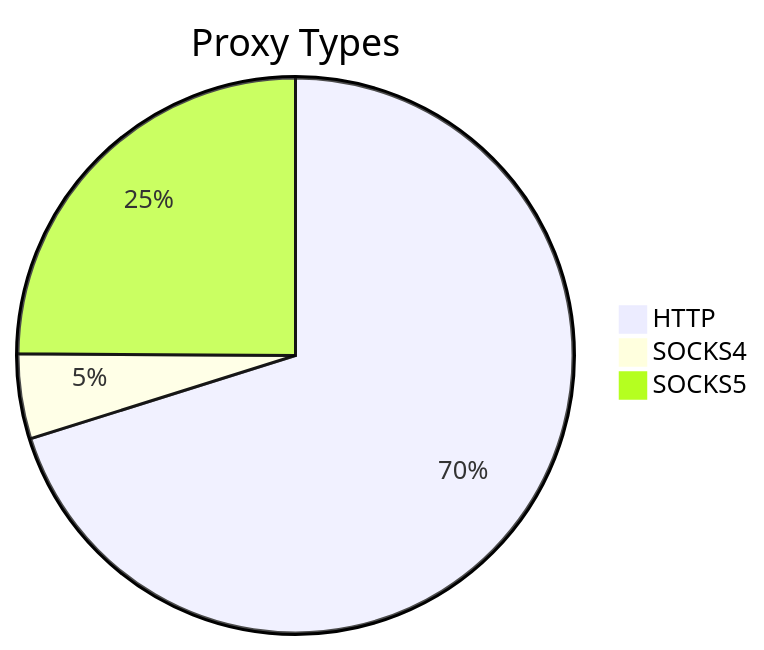
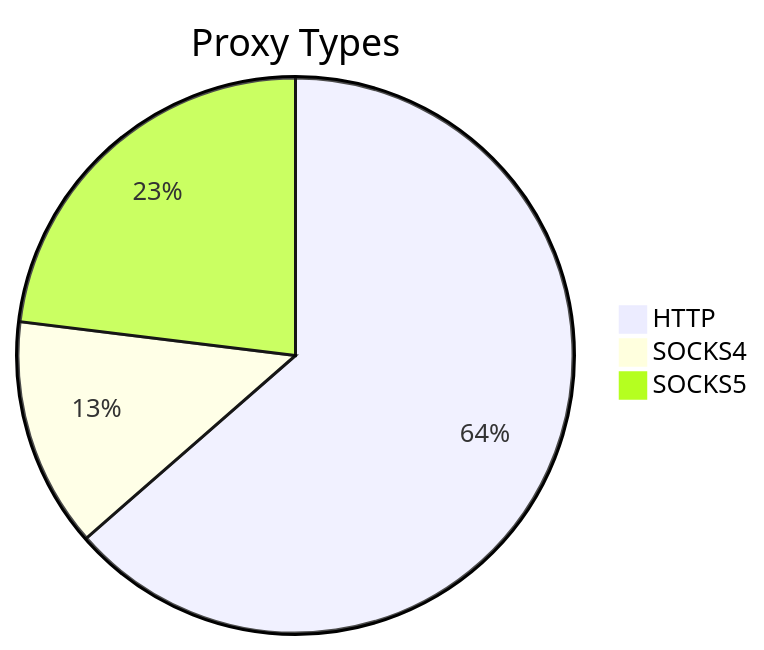
One commit to stormsia/proxy-list changed the first of 2 diagrams in README.md. Above: the diagram before and after it, drawn with Mermaid. The commit also changed other lines of this file, not shown here.

````diff
--- a/README.md
+++ b/README.md
@@ -21,6 +21,6 @@
 ```mermaid
 pie title Proxy Types
-    "HTTP" : 710
-    "SOCKS4" : 50
-    "SOCKS5" : 252
+    "HTTP" : 808
+    "SOCKS4" : 170
+    "SOCKS5" : 293
 ```
````
